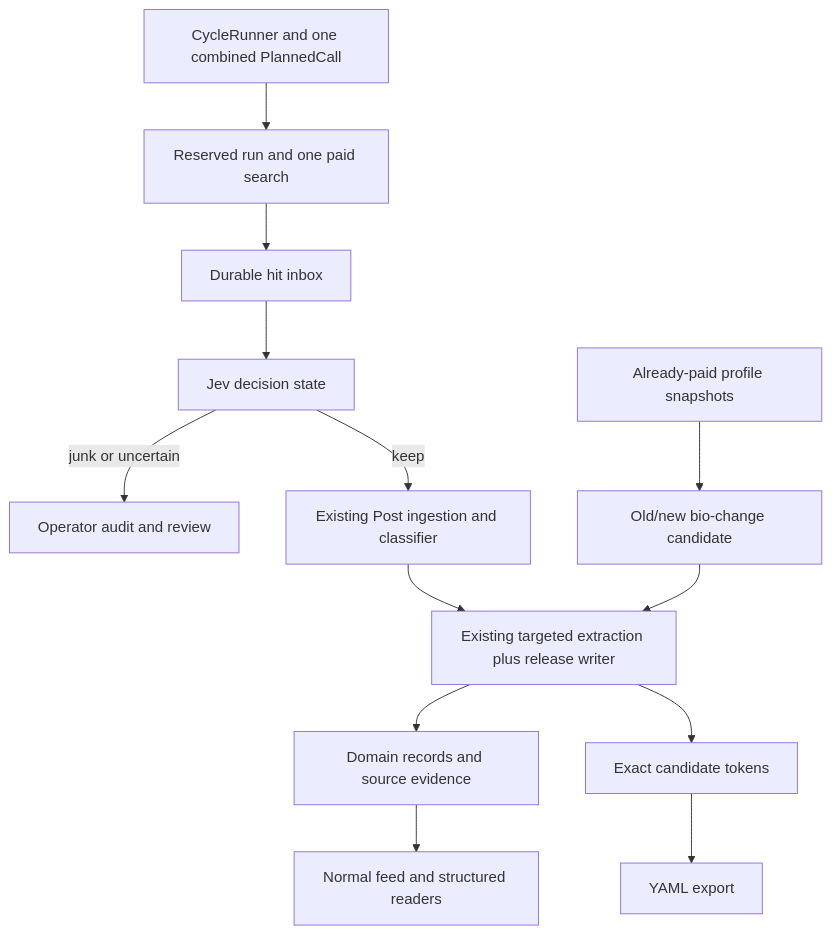
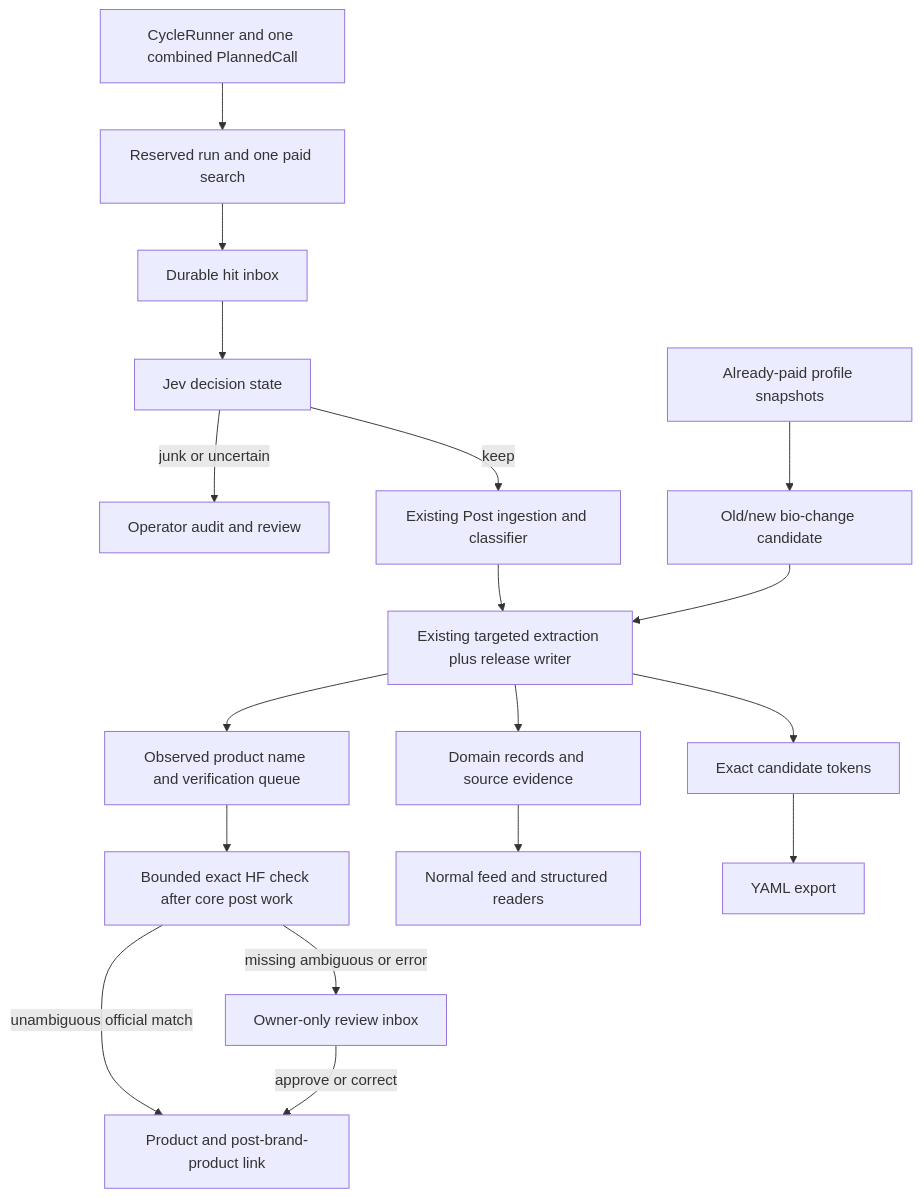
The second of 2 diagrams in docs/plans/2026-09-21-081940-feat-combined-rare-type-extra-search-plan.md (allenwlee/pushin-weight-v2), drawn with Mermaid before and after one commit. The commit also changed other lines of this file, not shown here.

````diff
--- a/docs/plans/2026-09-21-081940-feat-combined-rare-type-extra-search-plan.md
+++ b/docs/plans/2026-09-21-081940-feat-combined-rare-type-extra-search-plan.md
@@ -430,15 +495,20 @@
 ```mermaid
 flowchart TB
   A[CycleRunner and one combined PlannedCall] --> B[Reserved run and one paid search]
   B --> C[Durable hit inbox]
   C --> D[Jev decision state]
   D -->|junk or uncertain| E[Operator audit and review]
   D -->|keep| F[Existing Post ingestion and classifier]
   F --> G[Existing targeted extraction plus release writer]
   G --> H[Domain records and source evidence]
+  G --> N[Observed product name and verification queue]
+  N --> O[Bounded exact HF check after core post work]
+  O -->|unambiguous official match| Q[Product and post-brand-product link]
+  O -->|missing ambiguous or error| R[Owner-only review inbox]
+  R -->|approve or correct| Q
   G --> I[Exact candidate tokens]
   H --> J[Normal feed and structured readers]
   I --> K[YAML export]
   L[Already-paid profile snapshots] --> M[Old/new bio-change candidate]
   M --> G
 ```
````
